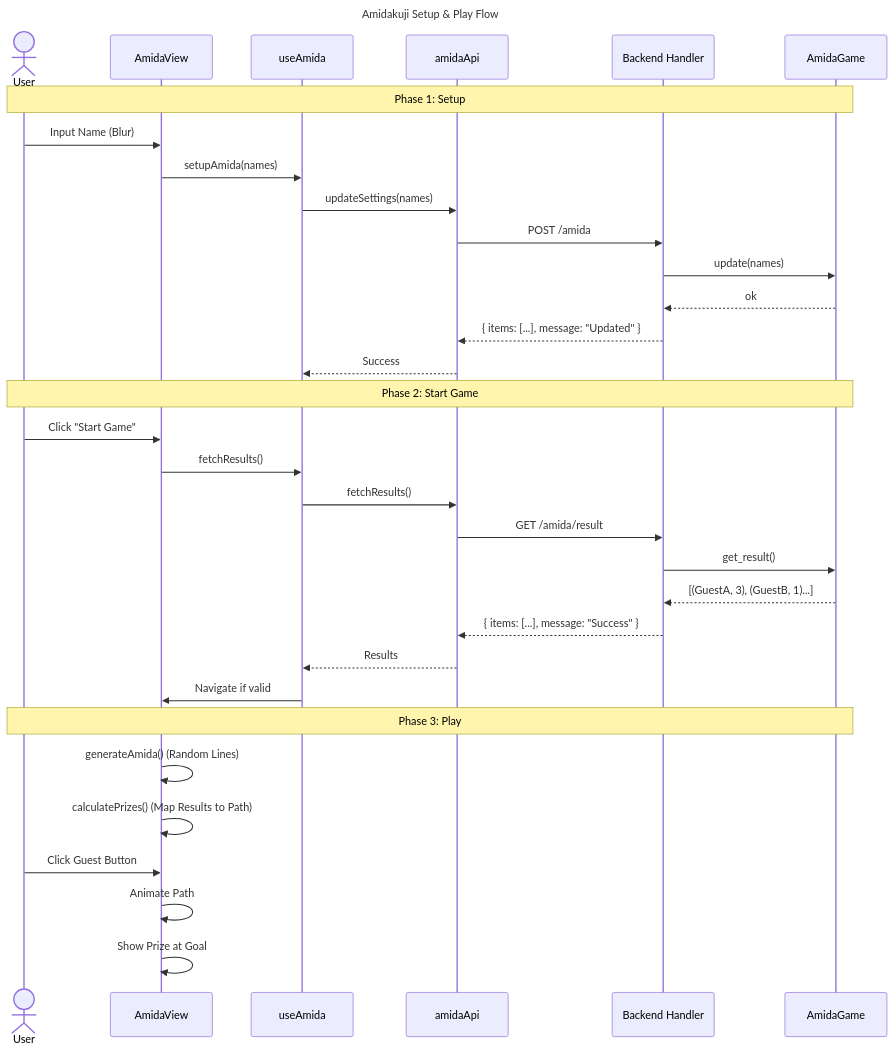
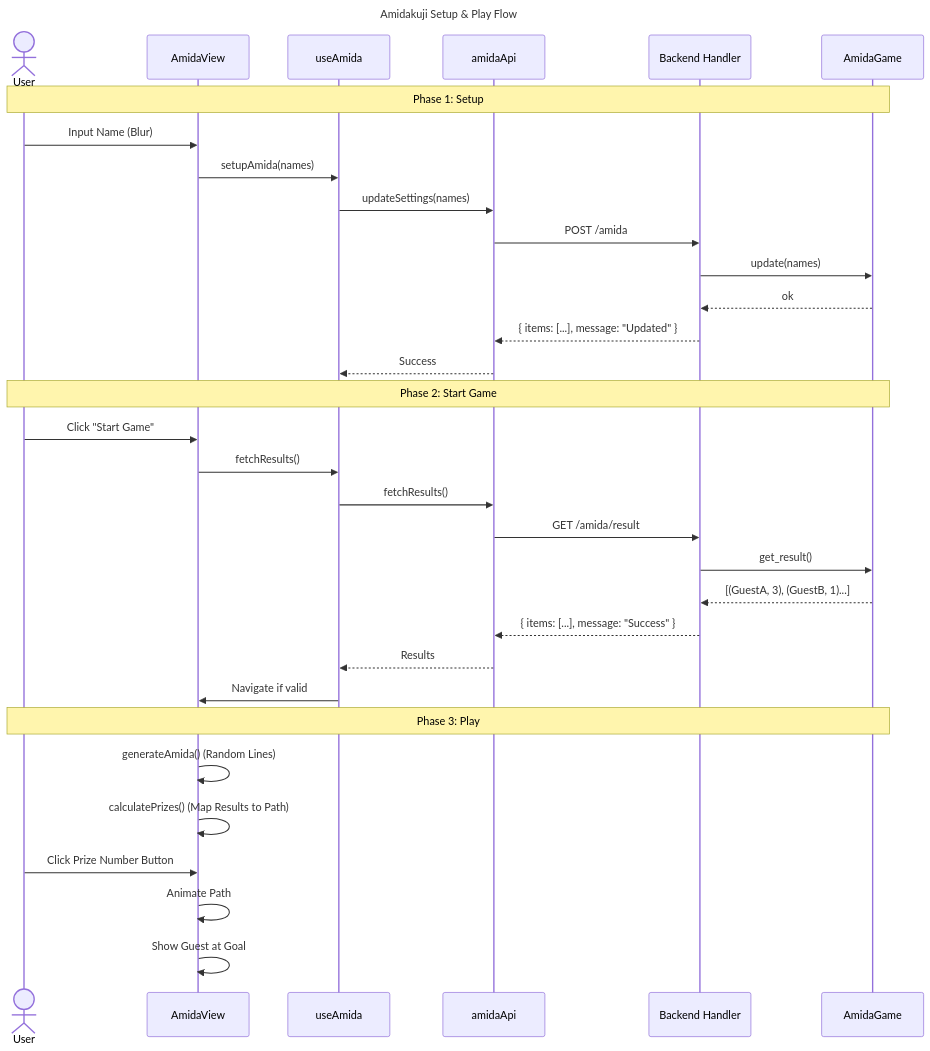
Before and after one commit to yasyasyu/bingo-server: the fifth of 5 diagrams in docs/ARCHITECTURE.md, drawn with Mermaid. The commit also changed 1 other file, not shown here.

Commit message:
fix: アーキテクチャドキュメントのボタン名を更新し、仕様書の内容を明確化

````diff
--- a/docs/ARCHITECTURE.md
+++ b/docs/ARCHITECTURE.md
@@ -240,38 +240,38 @@
 ```mermaid
 sequenceDiagram
     title Amidakuji Setup & Play Flow
     actor User
     participant UI as AmidaView
     participant Logic as useAmida
     participant API as amidaApi
     participant Server as Backend Handler
     participant Domain as AmidaGame
 
     note over User, Domain: Phase 1: Setup
     User->>UI: Input Name (Blur)
     UI->>Logic: setupAmida(names)
     Logic->>API: updateSettings(names)
     API->>Server: POST /amida
     Server->>Domain: update(names)
     Domain-->>Server: ok
     Server-->>API: { items: [...], message: "Updated" }
     API-->>Logic: Success
 
     note over User, Domain: Phase 2: Start Game
     User->>UI: Click "Start Game"
     UI->>Logic: fetchResults()
     Logic->>API: fetchResults()
     API->>Server: GET /amida/result
     Server->>Domain: get_result()
     Domain-->>Server: [(GuestA, 3), (GuestB, 1)...]
     Server-->>API: { items: [...], message: "Success" }
     API-->>Logic: Results
     Logic->>UI: Navigate if valid
 
     note over User, Domain: Phase 3: Play
     UI->>UI: generateAmida() (Random Lines)
     UI->>UI: calculatePrizes() (Map Results to Path)
-    User->>UI: Click Guest Button
+    User->>UI: Click Prize Number Button
     UI->>UI: Animate Path
-    UI->>UI: Show Prize at Goal
+    UI->>UI: Show Guest at Goal
 ```
````
